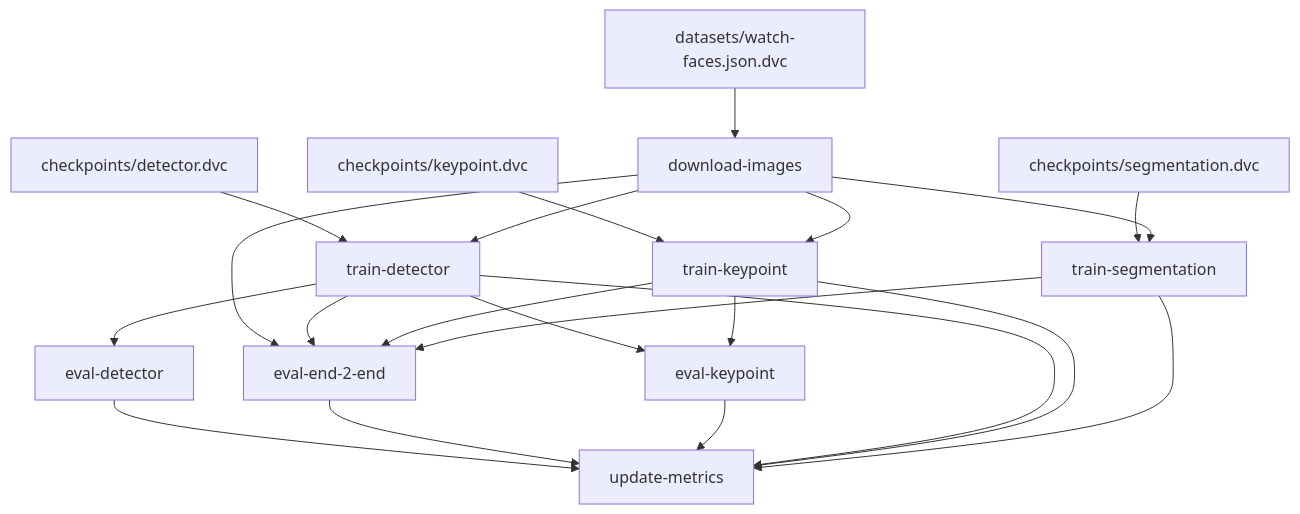
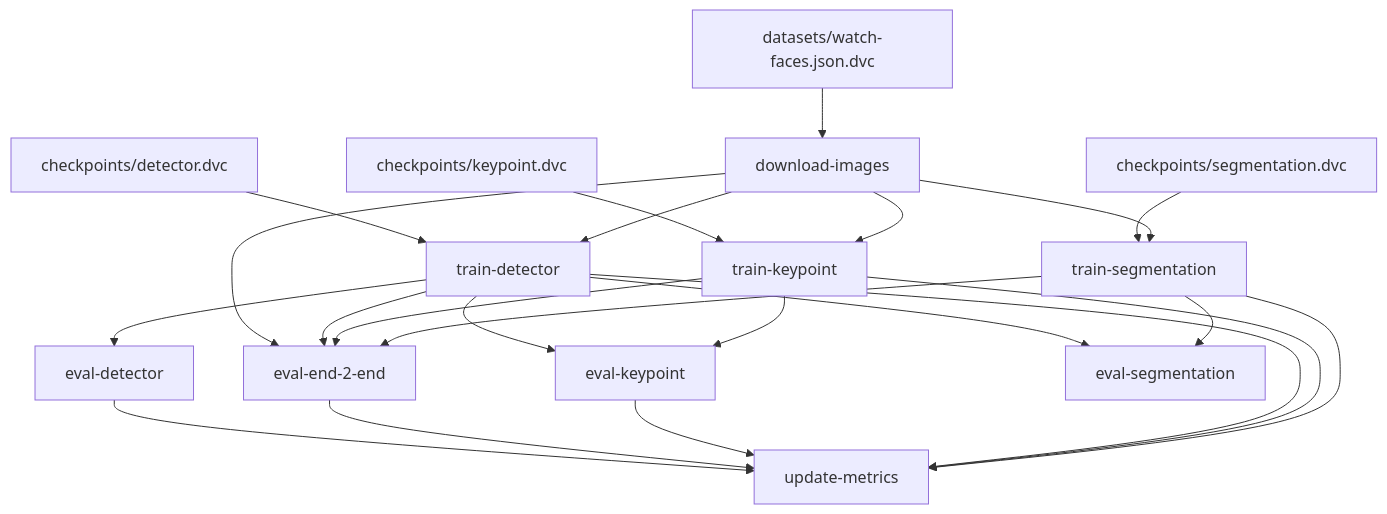
Before and after one commit to akucia/analog-watch-recognition: the diagram in README.md, drawn with Mermaid. The commit also changed other lines of this file and 15 other files, not shown here.

````diff
--- a/README.md
+++ b/README.md
@@ -2,35 +2,38 @@
 ```mermaid
 flowchart TD
-	node1["checkpoints/detector.dvc"]
-	node2["checkpoints/keypoint.dvc"]
-	node3["checkpoints/segmentation.dvc"]
-	node4["datasets/watch-faces.json.dvc"]
-	node5["download-images"]
-	node6["eval-detector"]
-	node7["eval-end-2-end"]
-	node8["eval-keypoint"]
-	node9["train-detector"]
-	node10["train-keypoint"]
-	node11["train-segmentation"]
-	node12["update-metrics"]
-	node1-->node9
-	node2-->node10
-	node3-->node11
+	node1[checkpoints/detector.dvc]
+	node2[checkpoints/keypoint.dvc]
+	node3[checkpoints/segmentation.dvc]
+	node4[datasets/watch-faces.json.dvc]
+	node5[download-images]
+	node6[eval-detector]
+	node7[eval-end-2-end]
+	node8[eval-keypoint]
+	node9[eval-segmentation]
+	node10[train-detector]
+	node11[train-keypoint]
+	node12[train-segmentation]
+	node13[update-metrics]
+	node1-->node10
+	node2-->node11
+	node3-->node12
 	node4-->node5
 	node5-->node7
-	node5-->node9
 	node5-->node10
 	node5-->node11
-	node6-->node12
-	node7-->node12
-	node8-->node12
-	node9-->node6
-	node9-->node7
-	node9-->node8
-	node9-->node12
+	node5-->node12
+	node6-->node13
+	node7-->node13
+	node8-->node13
+	node10-->node6
 	node10-->node7
 	node10-->node8
-	node10-->node12
+	node10-->node9
+	node10-->node13
 	node11-->node7
-	node11-->node12
+	node11-->node8
+	node11-->node13
+	node12-->node7
+	node12-->node9
+	node12-->node13
 ```
````
